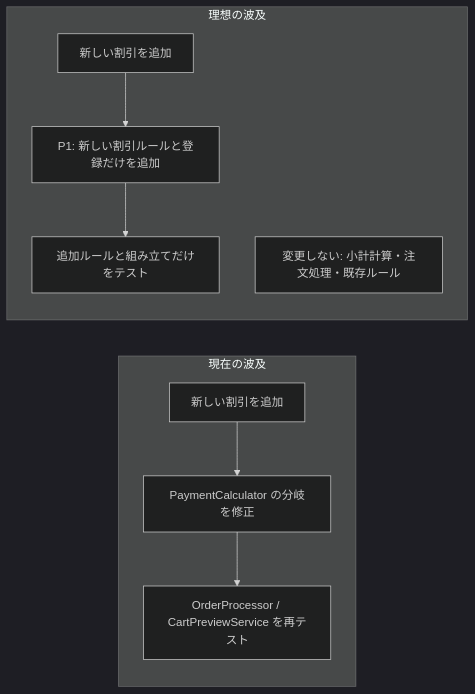
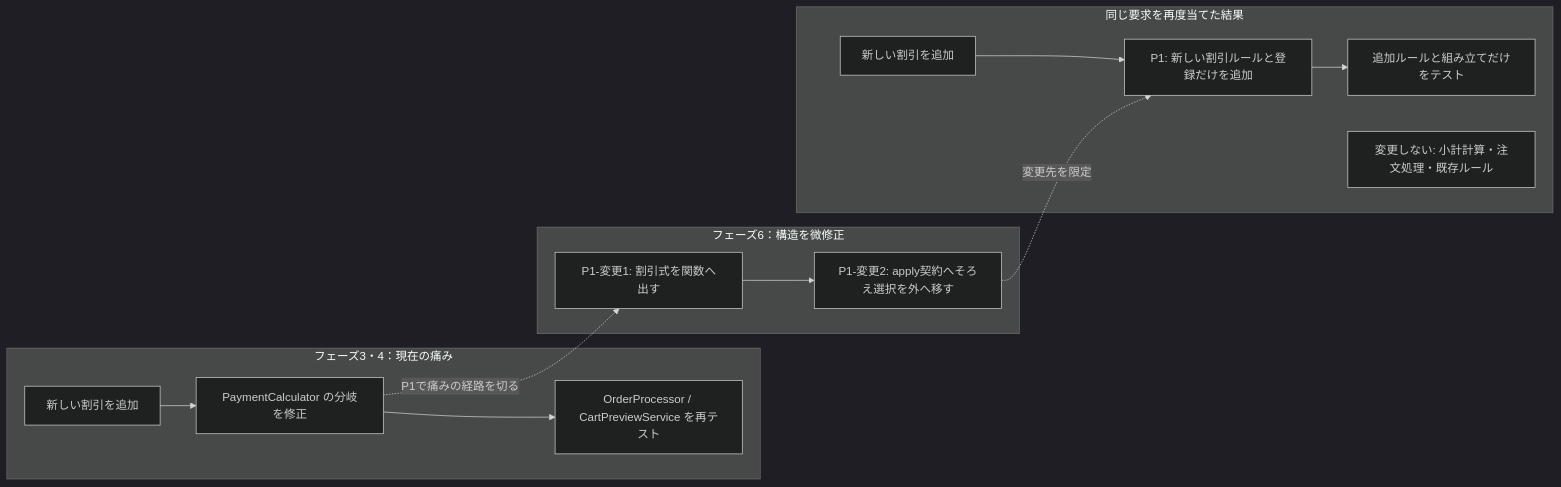
Before and after one commit to kumachan1101-pixel/DesignPattern: the fifth of 12 diagrams in kindle/design-patterns/output/chapter01.md, drawn with Mermaid (dark theme). The commit also changed other lines of this file and 22 other files, not shown here.

````diff
--- a/kindle/design-patterns/output/chapter01.md
+++ b/kindle/design-patterns/output/chapter01.md
@@ -1052,12 +1052,17 @@
 ```mermaid
 flowchart LR
-    subgraph Current["現在の波及"]
+    subgraph Pain["フェーズ3・4：現在の痛み"]
         CR["新しい割引を追加"] --> C1["PaymentCalculator の分岐を修正"]
         C1 --> C2["OrderProcessor / CartPreviewService を再テスト"]
     end
-    subgraph Ideal["理想の波及"]
+    subgraph StructuralChange["フェーズ6：構造を微修正"]
+        S1["P1-変更1: 割引式を関数へ出す"] --> S2["P1-変更2: apply契約へそろえ選択を外へ移す"]
+    end
+    subgraph Result["同じ要求を再度当てた結果"]
         IR["新しい割引を追加"] --> I1["P1: 新しい割引ルールと登録だけを追加"]
         I1 --> I2["追加ルールと組み立てだけをテスト"]
         IS["変更しない: 小計計算・注文処理・既存ルール"]
     end
+    C1 -. "P1で痛みの経路を切る" .-> S1
+    S2 -. "変更先を限定" .-> I1
 ```
````
